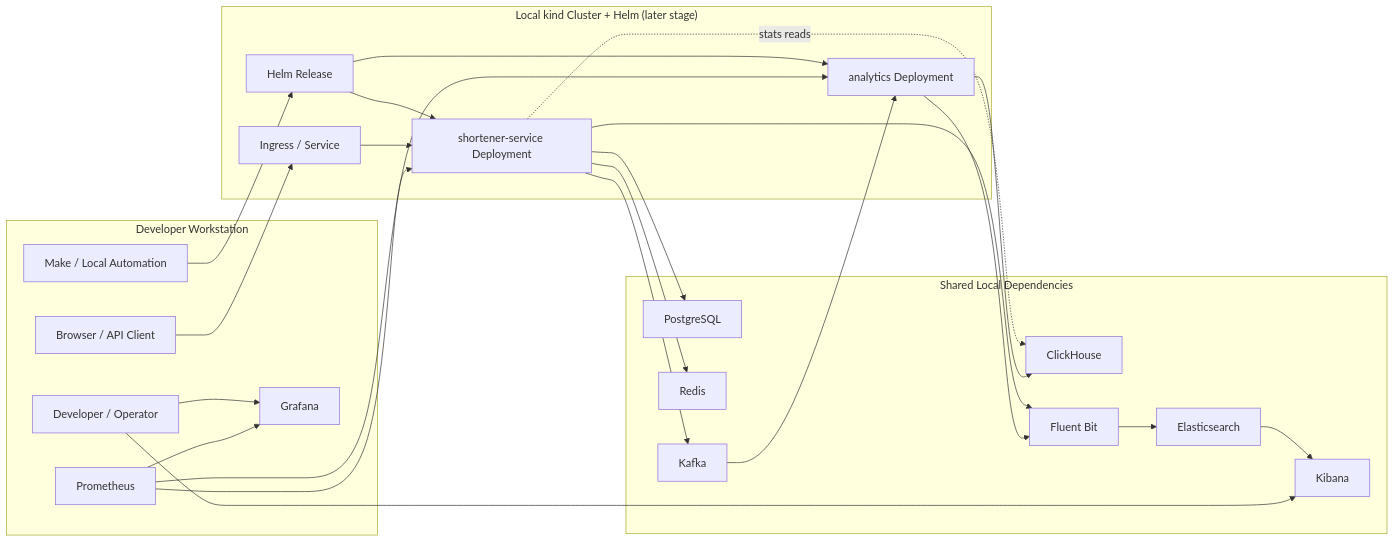
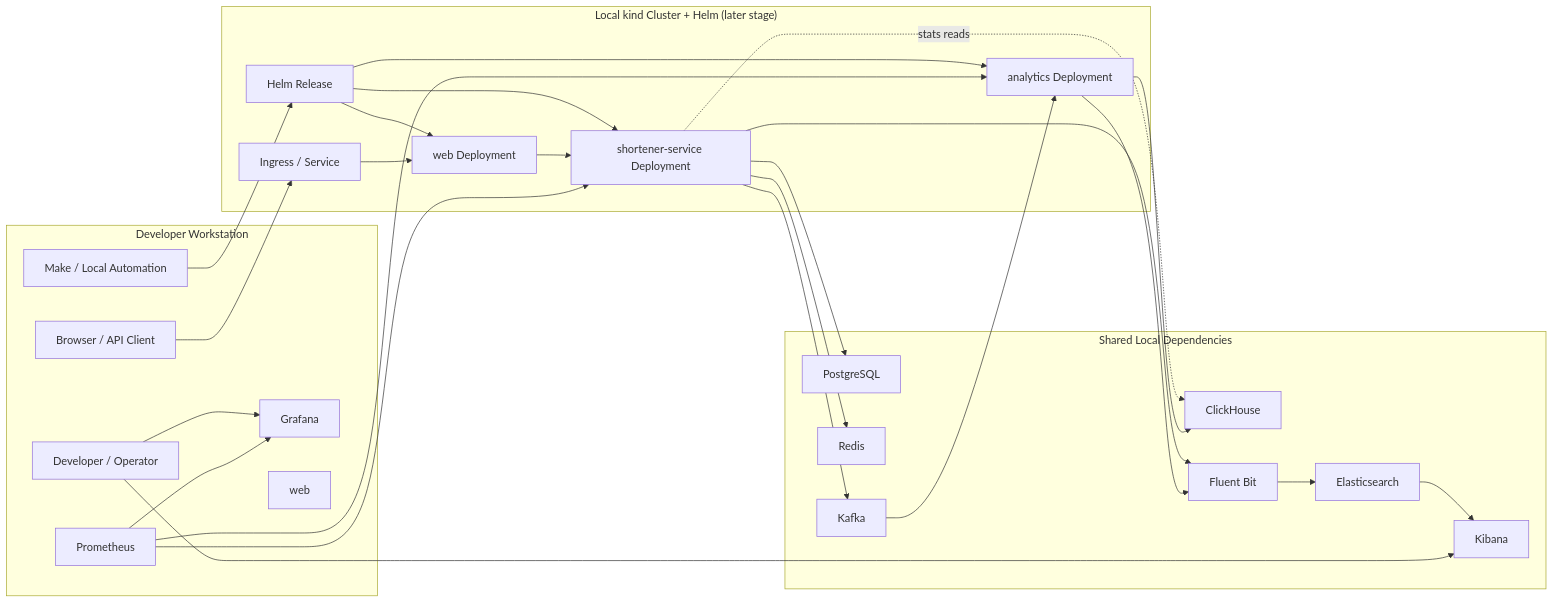
One commit to fev0ks/sandbox_url_shortener changed the second of 7 diagrams in docs/system_design.md. Above: the diagram before and after it, drawn with Mermaid. The commit also changed other lines of this file and 45 other files, not shown here.

````diff
--- a/docs/system_design.md
+++ b/docs/system_design.md
@@ -99,49 +102,53 @@
 ```mermaid
 flowchart LR
     subgraph workstation["Developer Workstation"]
         user["Browser / API Client"]
         operator["Developer / Operator"]
         cli["Make / Local Automation"]
         prom["Prometheus"]
         grafana["Grafana"]
+        web["web"]
     end
 
     subgraph kind["Local kind Cluster + Helm (later stage)"]
         helm["Helm Release"]
         ingress["Ingress / Service"]
+        k8s_web["web Deployment"]
         k8s_shortener["shortener-service Deployment"]
         k8s_analytics["analytics Deployment"]
     end
 
     subgraph deps["Shared Local Dependencies"]
         pg["PostgreSQL"]
         redis["Redis"]
         kafka["Kafka"]
         ch["ClickHouse"]
         shipper["Fluent Bit"]
         es["Elasticsearch"]
         kibana["Kibana"]
     end
 
     cli --> helm
+    helm --> k8s_web
     helm --> k8s_shortener
     helm --> k8s_analytics
     user --> ingress
-    ingress --> k8s_shortener
+    ingress --> k8s_web
+    k8s_web --> k8s_shortener
 
     k8s_shortener --> pg
     k8s_shortener --> redis
     k8s_shortener --> kafka
     k8s_shortener -.->|stats reads| ch
     kafka --> k8s_analytics
     k8s_analytics --> ch
     k8s_shortener --> shipper
     k8s_analytics --> shipper
     shipper --> es
     es --> kibana
     operator --> grafana
     operator --> kibana
     prom --> k8s_shortener
     prom --> k8s_analytics
     prom --> grafana
 ```
````
